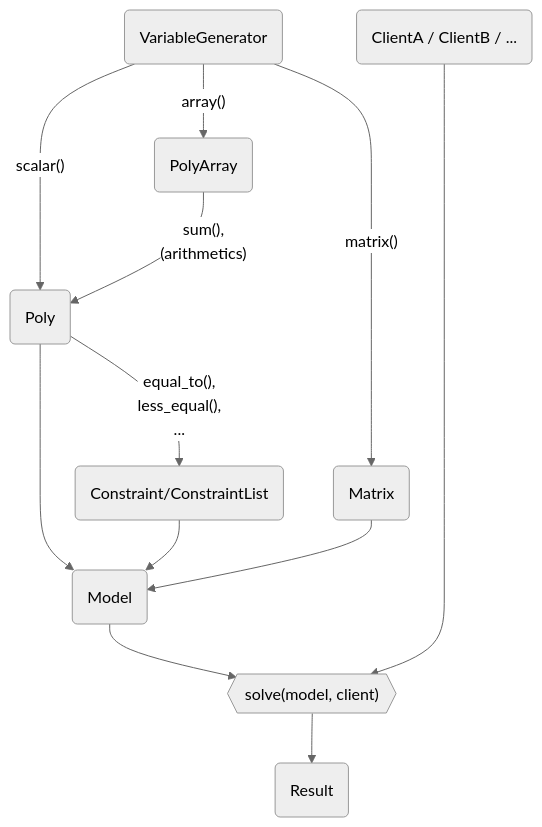
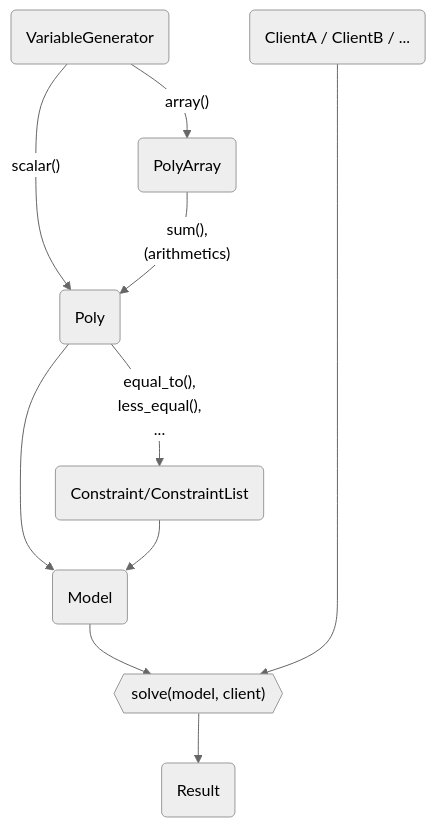
One commit to Q-STAR-alliance/QODE changed the diagram in img/Fig2.mmd. Above: the diagram before and after it, drawn with Mermaid. The commit also changed 1 other file, not shown here.

Commit message:
📝 Replace Fig2.mmd and Fig2.png with original (Matrix was removed).

````diff
--- a/img/Fig2.mmd
+++ b/img/Fig2.mmd
@@ -1,24 +1,19 @@
-```mermaid
 %%{init:{'theme':'neutral'}}%%
 flowchart TB
   node_1("VariableGenerator")
   node_2("PolyArray")
   node_3("Poly")
   node_4("Constraint/ConstraintList")
   node_5("Model")
-  node_6("Matrix")
   node_7("Result")
   node_8{{"solve(model, client)"}}
   node_20("ClientA / ClientB / ...")
   node_1 --> |"array()"| node_2
   node_1 --> |"scalar()"| node_3
   node_2 --> |"sum(),<br>(arithmetics)"| node_3
-  node_1 --> |"matrix()"| node_6
   node_3 --> |"equal_to(),<br>less_equal(),<br>..."|node_4
   node_3 --> node_5
   node_4 --> node_5
-  node_6 --> node_5
   node_5 --> node_8
   node_20 ------> node_8
   node_8 --> node_7
-```
````
